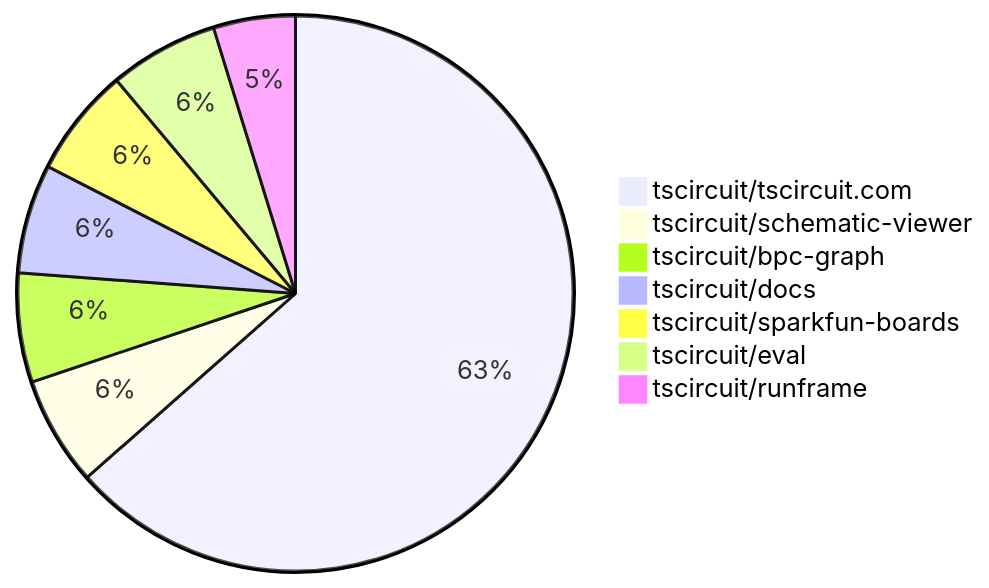
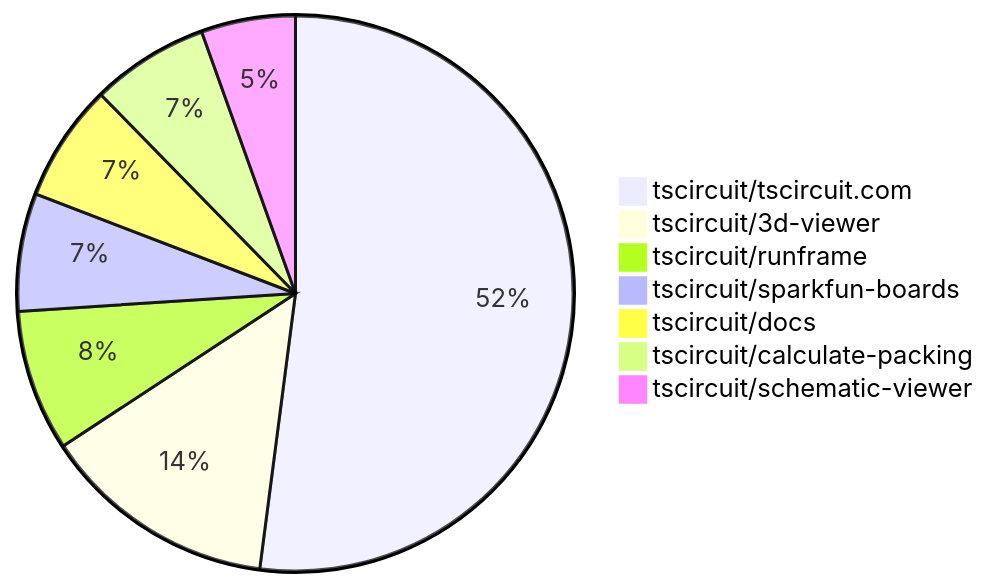
The second of 2 diagrams in README.md (tscircuit/contribution-tracker), drawn with Mermaid before and after one commit. The commit also changed other lines of this file and 3 other files, not shown here.

````diff
--- a/README.md
+++ b/README.md
@@ -90,10 +98,10 @@
 ```mermaid
 pie
-    "tscircuit/tscircuit.com" : 40
+    "tscircuit/tscircuit.com" : 38
+    "tscircuit/3d-viewer" : 10
+    "tscircuit/runframe" : 6
+    "tscircuit/sparkfun-boards" : 5
+    "tscircuit/docs" : 5
+    "tscircuit/calculate-packing" : 5
     "tscircuit/schematic-viewer" : 4
-    "tscircuit/bpc-graph" : 4
-    "tscircuit/docs" : 4
-    "tscircuit/sparkfun-boards" : 4
-    "tscircuit/eval" : 4
-    "tscircuit/runframe" : 3
 ```
````
